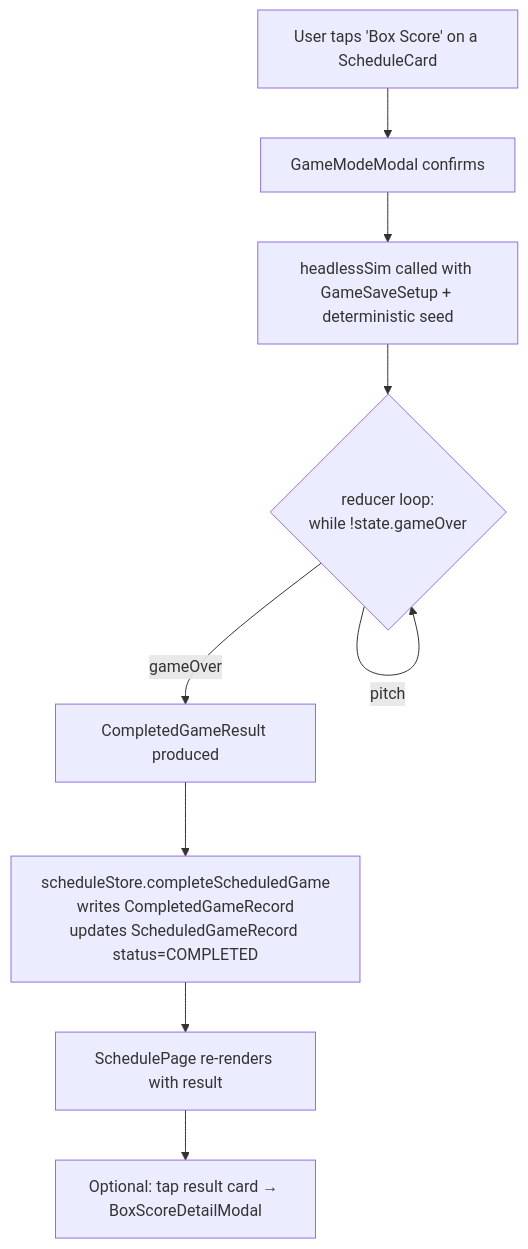
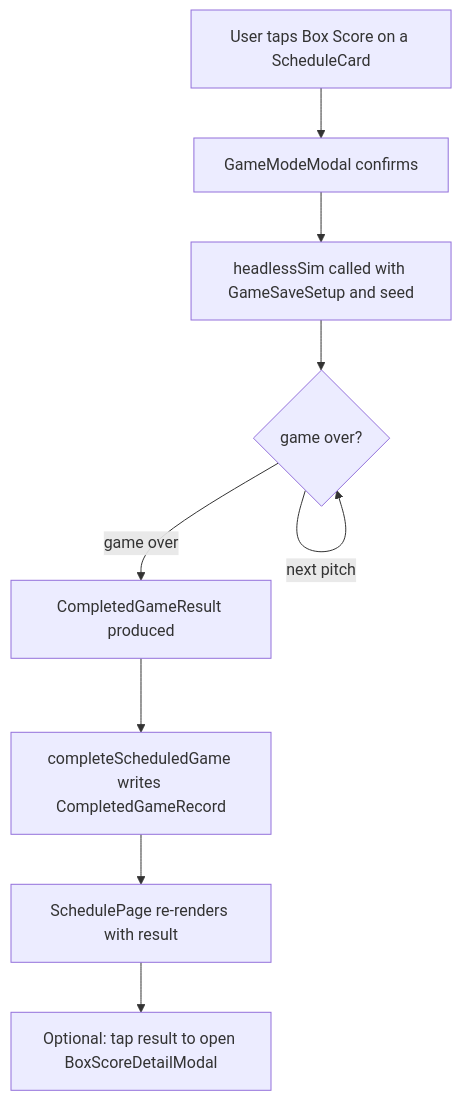
The first of 3 diagrams in docs/league-mode/gameplay-modes.md (maniator/blipit-legends), drawn with Mermaid before and after one commit. The commit also changed other lines of this file and 7 other files, not shown here.

First line of the commit message:
docs: epoch bump decision, schedule algorithm, fix all Mermaid diagrams

````diff
--- a/docs/league-mode/gameplay-modes.md
+++ b/docs/league-mode/gameplay-modes.md
@@ -29,11 +29,11 @@
 ```mermaid
 flowchart TD
-    A[User taps 'Box Score' on a ScheduleCard] --> B[GameModeModal confirms]
-    B --> C[headlessSim called with GameSaveSetup + deterministic seed]
-    C --> D{reducer loop:\nwhile !state.gameOver}
-    D -->|pitch| D
-    D -->|gameOver| E[CompletedGameResult produced]
-    E --> F[scheduleStore.completeScheduledGame\nwrites CompletedGameRecord\nupdates ScheduledGameRecord status=COMPLETED]
+    A[User taps Box Score on a ScheduleCard] --> B[GameModeModal confirms]
+    B --> C[headlessSim called with GameSaveSetup and seed]
+    C --> D{game over?}
+    D -->|next pitch| D
+    D -->|game over| E[CompletedGameResult produced]
+    E --> F[completeScheduledGame writes CompletedGameRecord]
     F --> G[SchedulePage re-renders with result]
-    G --> H[Optional: tap result card → BoxScoreDetailModal]
+    G --> H[Optional: tap result to open BoxScoreDetailModal]
 ```
````
